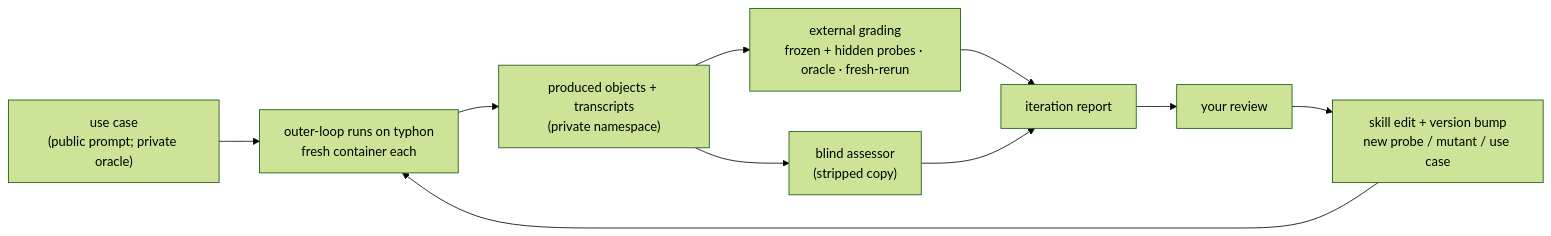
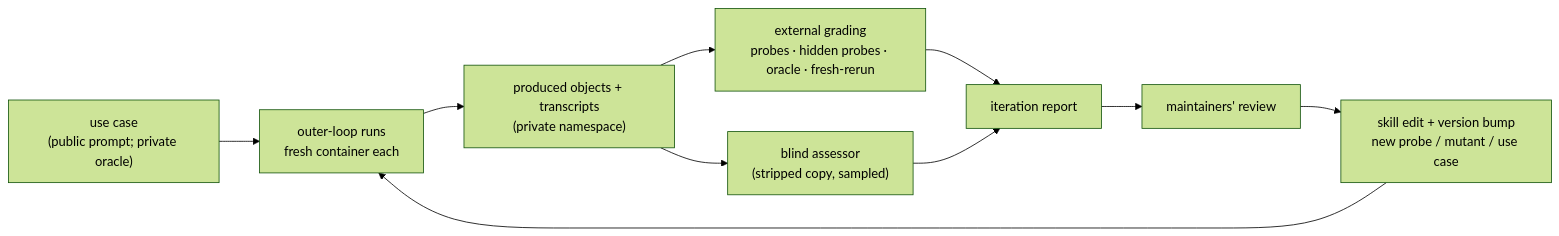
One commit to con/skills changed the diagram in docs/stamped/evals.md. Above: the diagram before and after it, drawn with Mermaid (forest theme). The commit also changed other lines of this file and 3 other files, not shown here.

````diff
--- a/docs/stamped/evals.md
+++ b/docs/stamped/evals.md
@@ -8,11 +8,11 @@
 ```mermaid
 flowchart LR
-  uc["use case<br/>(public prompt; private oracle)"] --> run["outer-loop runs on typhon<br/>fresh container each"]
+  uc["use case<br/>(public prompt; private oracle)"] --> run["outer-loop runs<br/>fresh container each"]
   run --> obj["produced objects + transcripts<br/>(private namespace)"]
-  obj --> ext["external grading<br/>frozen + hidden probes · oracle · fresh-rerun"]
-  obj --> t2["blind assessor<br/>(stripped copy)"]
+  obj --> ext["external grading<br/>probes · hidden probes · oracle · fresh-rerun"]
+  obj --> t2["blind assessor<br/>(stripped copy, sampled)"]
   ext & t2 --> rep["iteration report"]
-  rep --> you["your review"]
-  you --> edit["skill edit + version bump<br/>new probe / mutant / use case"]
+  rep --> rev["maintainers' review"]
+  rev --> edit["skill edit + version bump<br/>new probe / mutant / use case"]
   edit --> run
 ```
````
